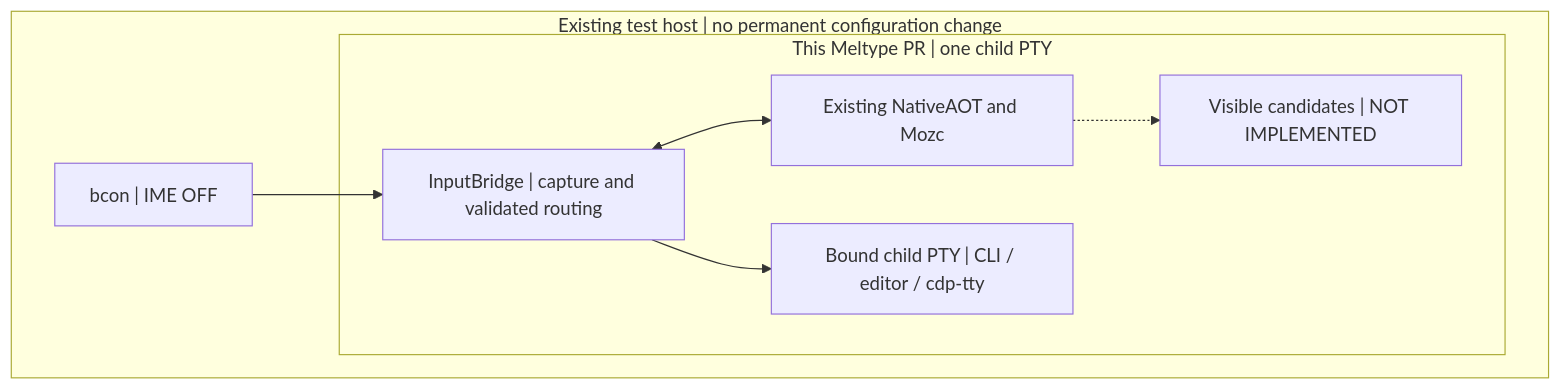
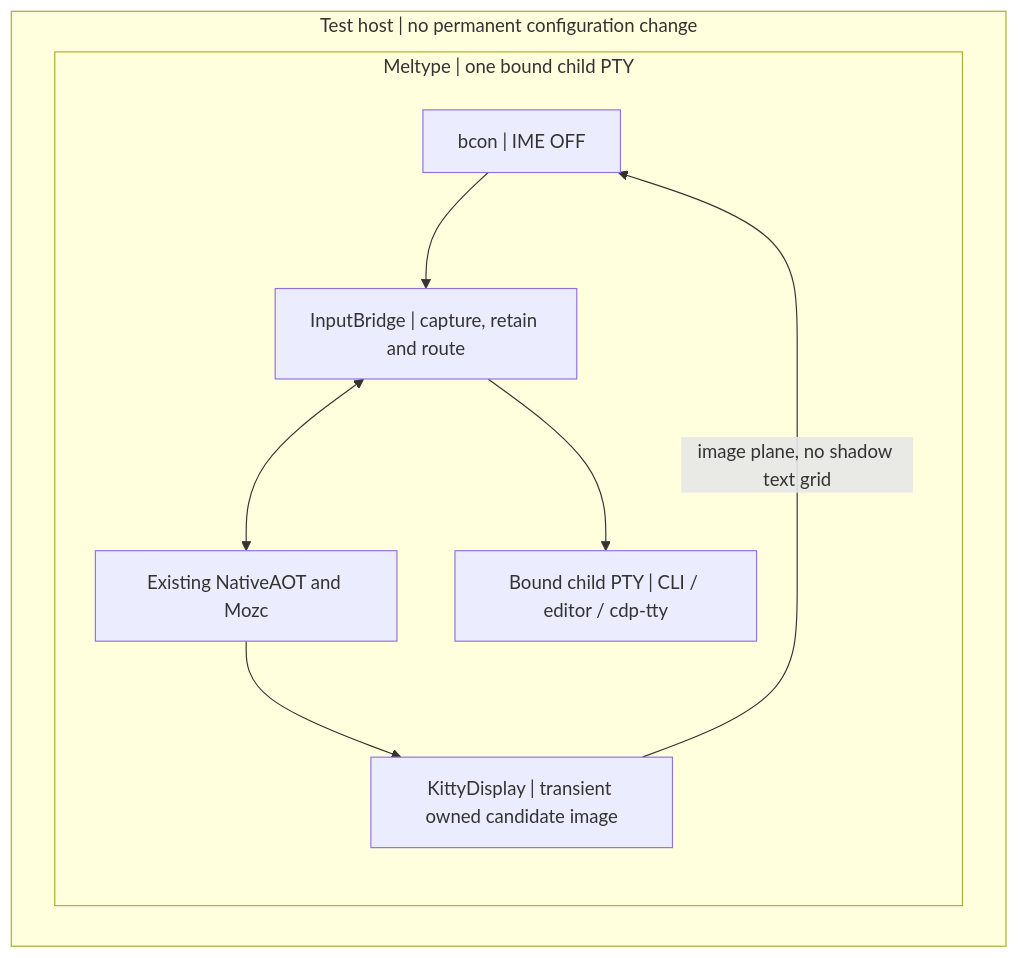
Before and after one commit to roccho-dev/Meltype: the diagram in linux/tty/README.md, drawn with Mermaid. The commit also changed other lines of this file and 9 other files, not shown here.

Commit message:
feat(tty): render native candidates through Kitty and exercise the real bcon VM path

````diff
--- a/linux/tty/README.md
+++ b/linux/tty/README.md
@@ -8,16 +8,17 @@
 ```mermaid
 flowchart TB
-  subgraph HOST["Existing test host | no permanent configuration change"]
+  subgraph HOST["Test host | no permanent configuration change"]
     B["bcon | IME OFF"]
-    subgraph PRODUCT["This Meltype PR | one child PTY"]
-      K["InputBridge | capture and validated routing"]
+    subgraph PRODUCT["Meltype | one bound child PTY"]
+      K["InputBridge | capture, retain and route"]
       M["Existing NativeAOT and Mozc"]
-      U["Visible candidates | NOT IMPLEMENTED"]
+      U["KittyDisplay | transient owned candidate image"]
       T["Bound child PTY | CLI / editor / cdp-tty"]
       K <--> M
-      M -.-> U
+      M --> U
       K --> T
+      U -->|"image plane, no shadow text grid"| B
     end
     B --> K
   end
 ```
````
